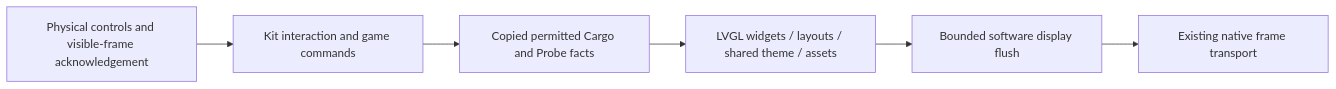
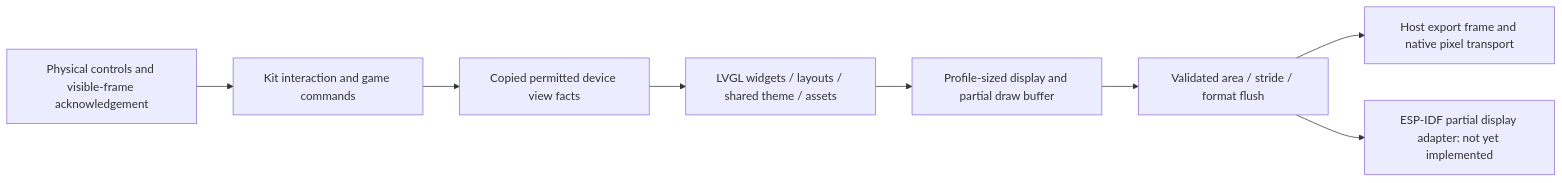
One commit to PacoCotera/critter-lab changed the fourth of 4 diagrams in specs/architecture.md. Above: the diagram before and after it, drawn with Mermaid. The commit also changed other lines of this file and 21 other files, not shown here.

Commit message:
Render complete Dock family through LVGL with portable partial display boundary

````diff
--- a/specs/architecture.md
+++ b/specs/architecture.md
@@ -200,8 +202,10 @@
 ```mermaid
 flowchart LR
   Input[Physical controls and visible-frame acknowledgement] --> Kit[Kit interaction and game commands]
-  Kit --> View[Copied permitted Cargo and Probe facts]
+  Kit --> View[Copied permitted device view facts]
   View --> UI[LVGL widgets / layouts / shared theme / assets]
-  UI --> Raster[Bounded software display flush]
-  Raster --> Frame[Existing native frame transport]
+  UI --> Display[Profile-sized display and partial draw buffer]
+  Display --> Flush[Validated area / stride / format flush]
+  Flush --> Host[Host export frame and native pixel transport]
+  Flush --> MCU[ESP-IDF partial display adapter: not yet implemented]
 ```
````
